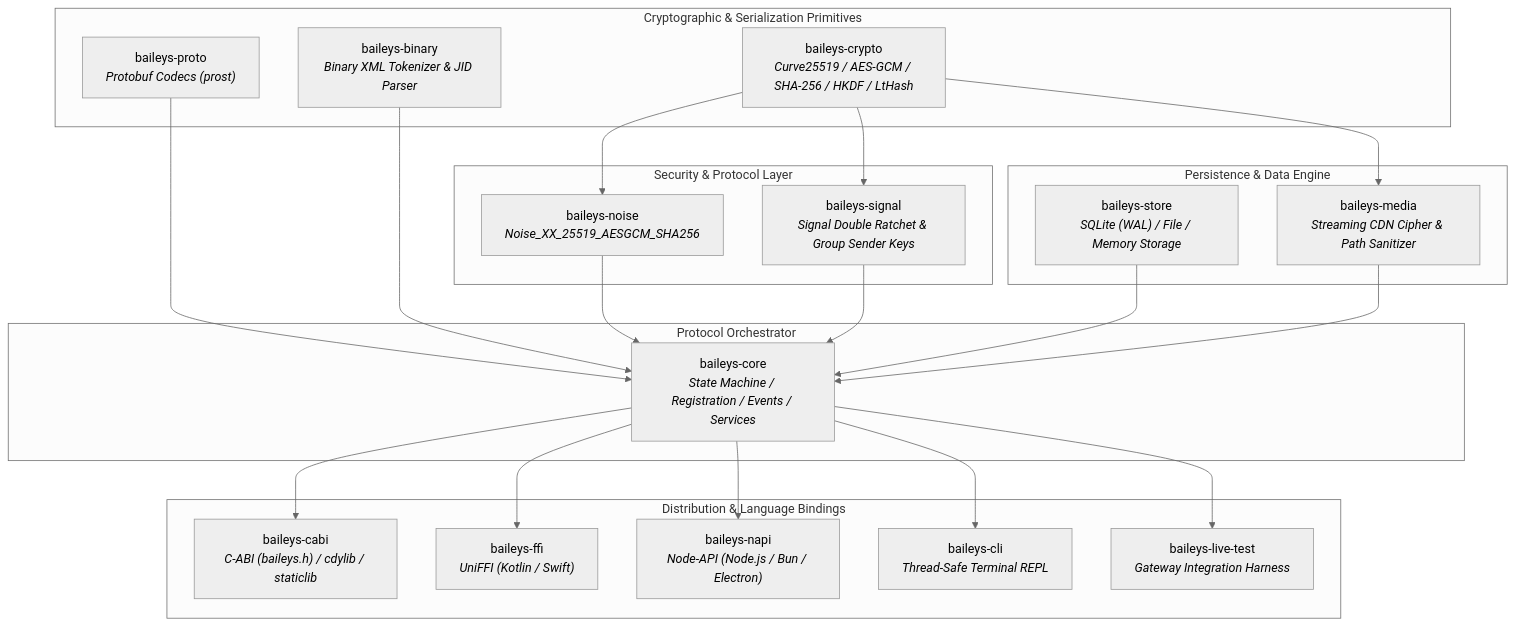
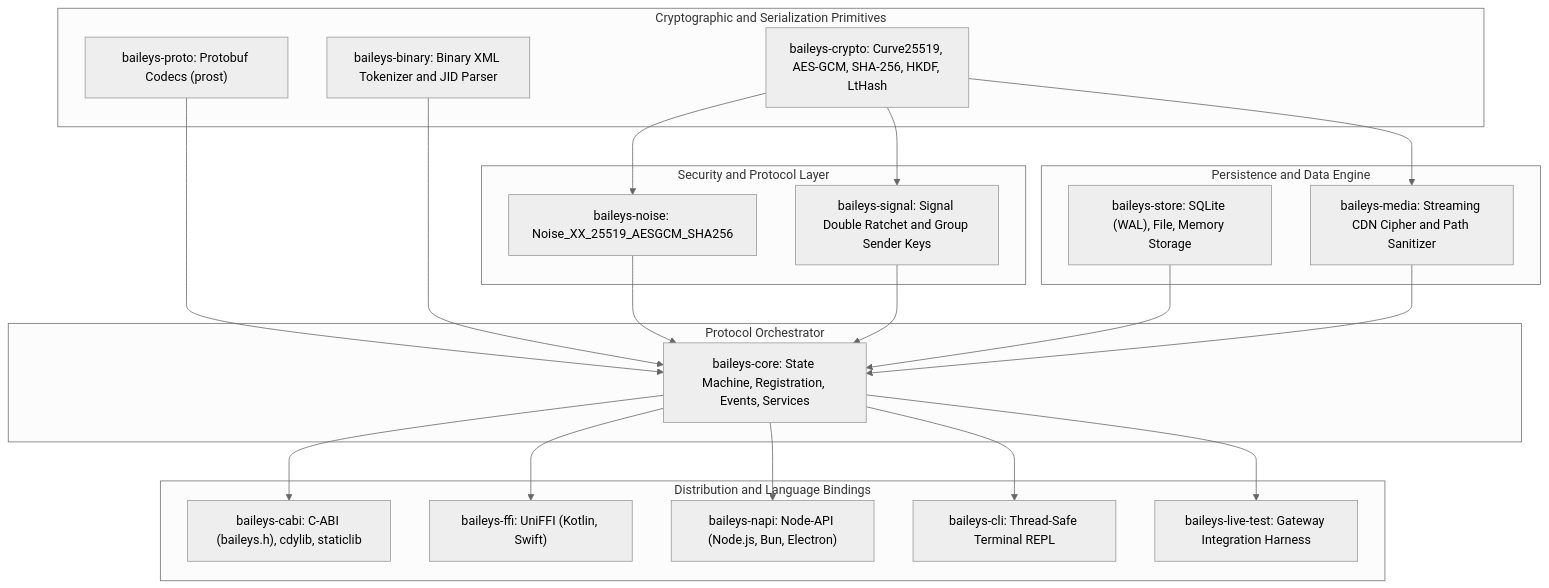
The diagram in README.md (Towartz/Rolleys), drawn with Mermaid (neutral theme) before and after one commit. The commit also changed other lines of this file and 8 other files, not shown here.

Commit message:
docs: add full engineering documentation, fix flowchart rendering, and assign primary copyright to Towartz

````diff
--- a/README.md
+++ b/README.md
@@ -18,46 +47,46 @@
 ```mermaid
 flowchart TD
-    subgraph Primitives["Cryptographic & Serialization Primitives"]
-        Crypto["baileys-crypto<br/><i>Curve25519 / AES-GCM / SHA-256 / HKDF / LtHash</i>"]
-        Proto["baileys-proto<br/><i>Protobuf Codecs (prost)</i>"]
-        Binary["baileys-binary<br/><i>Binary XML Tokenizer & JID Parser</i>"]
+    subgraph Primitives["Cryptographic and Serialization Primitives"]
+        Crypto["baileys-crypto: Curve25519, AES-GCM, SHA-256, HKDF, LtHash"]
+        Proto["baileys-proto: Protobuf Codecs (prost)"]
+        Binary["baileys-binary: Binary XML Tokenizer and JID Parser"]
     end
 
-    subgraph Security["Security & Protocol Layer"]
-        Noise["baileys-noise<br/><i>Noise_XX_25519_AESGCM_SHA256</i>"]
-        Signal["baileys-signal<br/><i>Signal Double Ratchet & Group Sender Keys</i>"]
+    subgraph Security["Security and Protocol Layer"]
+        Noise["baileys-noise: Noise_XX_25519_AESGCM_SHA256"]
+        Signal["baileys-signal: Signal Double Ratchet and Group Sender Keys"]
     end
 
-    subgraph StorageMedia["Persistence & Data Engine"]
-        Store["baileys-store<br/><i>SQLite (WAL) / File / Memory Storage</i>"]
-        Media["baileys-media<br/><i>Streaming CDN Cipher & Path Sanitizer</i>"]
+    subgraph StorageMedia["Persistence and Data Engine"]
+        Store["baileys-store: SQLite (WAL), File, Memory Storage"]
+        Media["baileys-media: Streaming CDN Cipher and Path Sanitizer"]
     end
 
     subgraph CoreEngine["Protocol Orchestrator"]
-        Core["baileys-core<br/><i>State Machine / Registration / Events / Services</i>"]
+        Core["baileys-core: State Machine, Registration, Events, Services"]
     end
 
-    subgraph Interfaces["Distribution & Language Bindings"]
-        CABI["baileys-cabi<br/><i>C-ABI (baileys.h) / cdylib / staticlib</i>"]
-        FFI["baileys-ffi<br/><i>UniFFI (Kotlin / Swift)</i>"]
-        NAPI["baileys-napi<br/><i>Node-API (Node.js / Bun / Electron)</i>"]
-        CLI["baileys-cli<br/><i>Thread-Safe Terminal REPL</i>"]
-        LiveTest["baileys-live-test<br/><i>Gateway Integration Harness</i>"]
+    subgraph Interfaces["Distribution and Language Bindings"]
+        CABI["baileys-cabi: C-ABI (baileys.h), cdylib, staticlib"]
+        FFI["baileys-ffi: UniFFI (Kotlin, Swift)"]
+        NAPI["baileys-napi: Node-API (Node.js, Bun, Electron)"]
+        CLI["baileys-cli: Thread-Safe Terminal REPL"]
+        LiveTest["baileys-live-test: Gateway Integration Harness"]
     end
 
     Crypto --> Noise
     Crypto --> Signal
     Crypto --> Media
     Proto --> Core
     Binary --> Core
     Noise --> Core
     Signal --> Core
     Store --> Core
     Media --> Core
 
     Core --> CABI
     Core --> FFI
     Core --> NAPI
     Core --> CLI
     Core --> LiveTest
 ```
````
